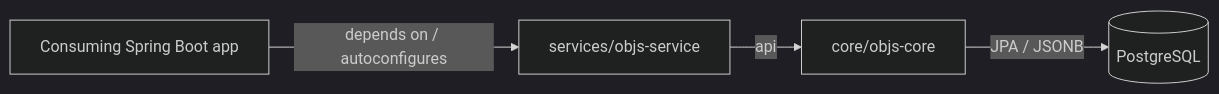
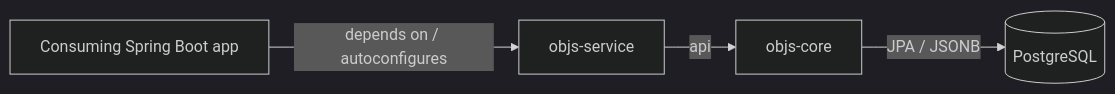
One commit to qpointz/objs changed the diagram in docs/design/platform/overview.md. Above: the diagram before and after it, drawn with Mermaid (dark theme). The commit also changed other lines of this file and 57 other files, not shown here.

First line of the commit message:
[change] Flatten modules and refine entity-graph foundation

````diff
--- a/docs/design/platform/overview.md
+++ b/docs/design/platform/overview.md
@@ -37,9 +37,9 @@
 ```mermaid
 flowchart LR
   consumer[Consuming Spring Boot app]
-  service[services/objs-service]
-  core[core/objs-core]
+  service[objs-service]
+  core[objs-core]
   consumer -->|"depends on / autoconfigures"| service
   service -->|api| core
   core -->|JPA / JSONB| db[(PostgreSQL)]
 ```
````
